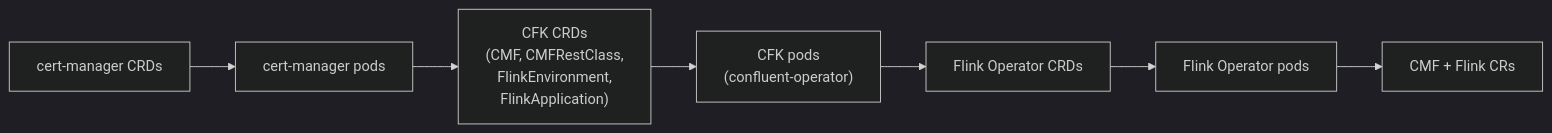
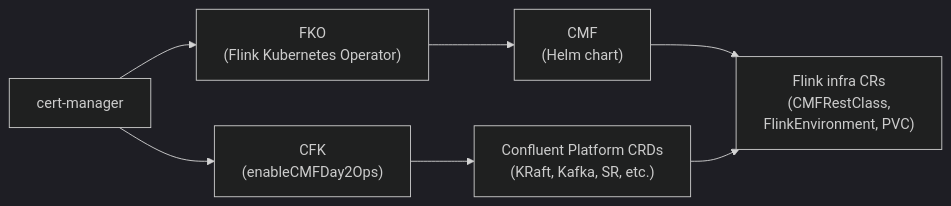
The second of 3 diagrams in README-PHASE-II.md (aadmassu/flink-on-k8s-with-cp), drawn with Mermaid (dark theme) before and after one commit. The commit also changed other lines of this file and 48 other files, not shown here.

First line of the commit message:
Implement Phase-II: CMF Helm chart, local Kafka, Flink infra CRs

````diff
--- a/README-PHASE-II.md
+++ b/README-PHASE-II.md
@@ -91,4 +125,9 @@
 ```mermaid
 flowchart LR
-    A["cert-manager CRDs"] --> B["cert-manager pods"] --> C["CFK CRDs<br>(CMF, CMFRestClass,<br>FlinkEnvironment,<br>FlinkApplication)"] --> D["CFK pods<br>(confluent-operator)"] --> E["Flink Operator CRDs"] --> F["Flink Operator pods"] --> G["CMF + Flink CRs"]
+    A["cert-manager"] --> B["FKO<br>(Flink Kubernetes Operator)"]
+    A --> C["CFK<br>(enableCMFDay2Ops)"]
+    B --> D["CMF<br>(Helm chart)"]
+    C --> E["Confluent Platform CRDs<br>(KRaft, Kafka, SR, etc.)"]
+    D --> F["Flink infra CRs<br>(CMFRestClass,<br>FlinkEnvironment, PVC)"]
+    E --> F
 ```
````
